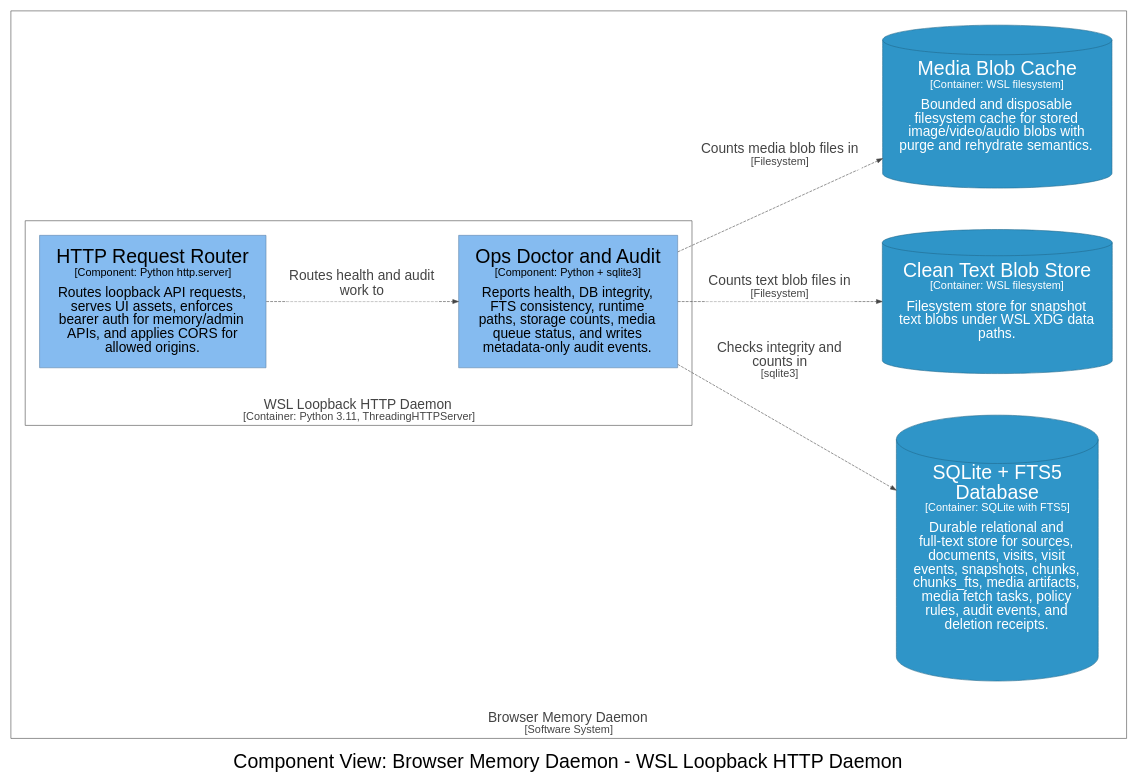
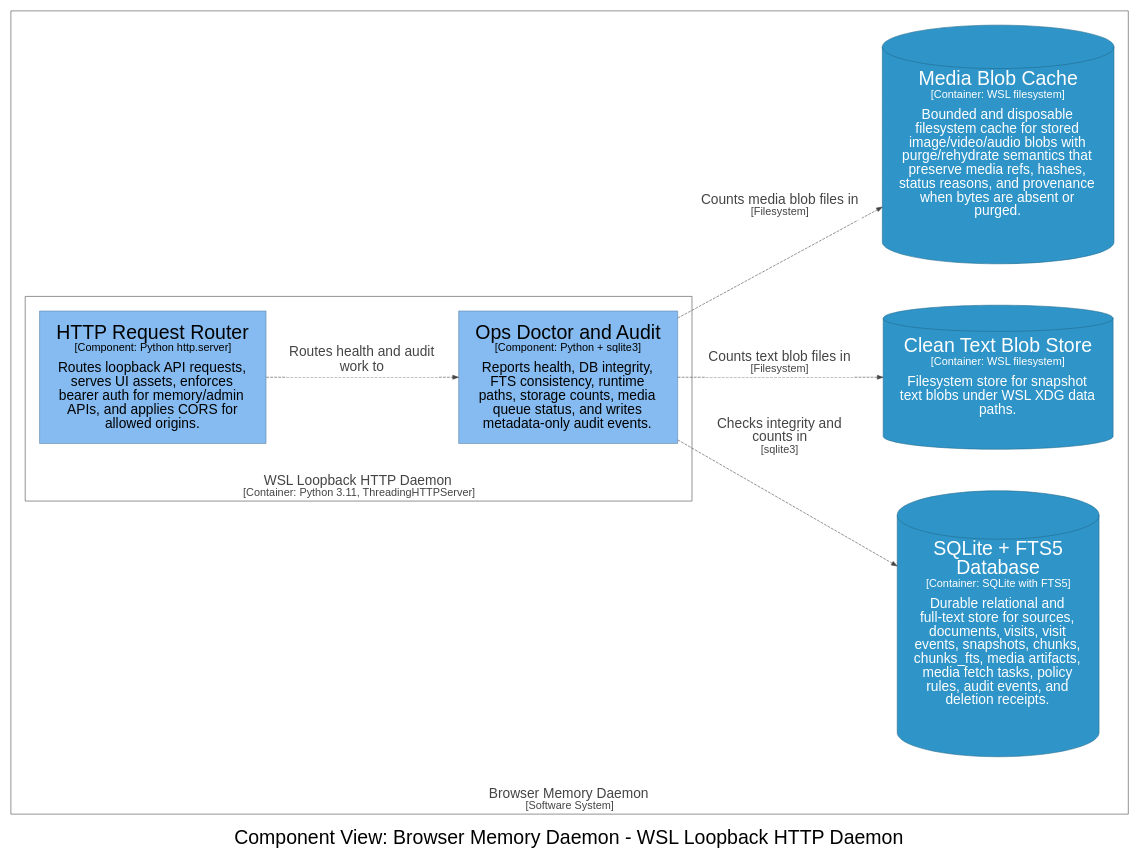
Before and after one commit to michaelnicks0/browser-memory-daemon: the diagram in architecture/diagrams/dot/structurizr-DaemonDoctorComponents.dot, drawn with Graphviz. The commit also changed 105 other files, not shown here.

Commit message:
docs: reconcile C4 and behavioral diagrams

```diff
--- a/architecture/diagrams/dot/structurizr-DaemonDoctorComponents.dot
+++ b/architecture/diagrams/dot/structurizr-DaemonDoctorComponents.dot
@@ -1,38 +1,38 @@
 digraph {
   compound=true
   graph [fontname="Arial", rankdir=LR, ranksep=1.0, nodesep=1.0]
   node [fontname="Arial", shape=box, margin="0.4,0.3"]
   edge [fontname="Arial"]
   label=<<br /><font point-size="34">Component View: Browser Memory Daemon - WSL Loopback HTTP Daemon</font>>
 
   subgraph cluster_4 {
     margin=25
     label=<<font point-size="24"><br />Browser Memory Daemon</font><br /><font point-size="19">[Software System]</font>>
     labelloc=b
     color="#444444"
     fontcolor="#444444"
     fillcolor="#444444"
 
     subgraph cluster_14 {
       margin=25
       label=<<font point-size="24"><br />WSL Loopback HTTP Daemon</font><br /><font point-size="19">[Container: Python 3.11, ThreadingHTTPServer]</font>>
       labelloc=b
       color="#444444"
       fontcolor="#444444"
       fillcolor="#444444"
 
       15 [id=15,shape=rect, label=<<font point-size="34">HTTP Request Router</font><br /><font point-size="19">[Component: Python http.server]</font><br /><br /><font point-size="24">Routes loopback API requests,<br />serves UI assets, enforces<br />bearer auth for memory/admin<br />APIs, and applies CORS for<br />allowed origins.</font>>, style=filled, color="#5d82a8", fillcolor="#85bbf0", fontcolor="#000000"]
       23 [id=23,shape=rect, label=<<font point-size="34">Ops Doctor and Audit</font><br /><font point-size="19">[Component: Python + sqlite3]</font><br /><br /><font point-size="24">Reports health, DB integrity,<br />FTS consistency, runtime<br />paths, storage counts, media<br />queue status, and writes<br />metadata-only audit events.</font>>, style=filled, color="#5d82a8", fillcolor="#85bbf0", fontcolor="#000000"]
     }
 
     27 [id=27,shape=cylinder, label=<<font point-size="34">SQLite + FTS5<br />Database</font><br /><font point-size="19">[Container: SQLite with FTS5]</font><br /><br /><font point-size="24">Durable relational and<br />full-text store for sources,<br />documents, visits, visit<br />events, snapshots, chunks,<br />chunks_fts, media artifacts,<br />media fetch tasks, policy<br />rules, audit events, and<br />deletion receipts.</font>>, style=filled, color="#20688c", fillcolor="#2f95c8", fontcolor="#ffffff"]
     28 [id=28,shape=cylinder, label=<<font point-size="34">Clean Text Blob Store</font><br /><font point-size="19">[Container: WSL filesystem]</font><br /><br /><font point-size="24">Filesystem store for snapshot<br />text blobs under WSL XDG data<br />paths.</font>>, style=filled, color="#20688c", fillcolor="#2f95c8", fontcolor="#ffffff"]
-    29 [id=29,shape=cylinder, label=<<font point-size="34">Media Blob Cache</font><br /><font point-size="19">[Container: WSL filesystem]</font><br /><br /><font point-size="24">Bounded and disposable<br />filesystem cache for stored<br />image/video/audio blobs with<br />purge and rehydrate semantics.</font>>, style=filled, color="#20688c", fillcolor="#2f95c8", fontcolor="#ffffff"]
+    29 [id=29,shape=cylinder, label=<<font point-size="34">Media Blob Cache</font><br /><font point-size="19">[Container: WSL filesystem]</font><br /><br /><font point-size="24">Bounded and disposable<br />filesystem cache for stored<br />image/video/audio blobs with<br />purge/rehydrate semantics that<br />preserve media refs, hashes,<br />status reasons, and provenance<br />when bytes are absent or<br />purged.</font>>, style=filled, color="#20688c", fillcolor="#2f95c8", fontcolor="#ffffff"]
   }
 
   15 -> 23 [id=68, label=<<TABLE BORDER="0" CELLBORDER="0" CELLSPACING="0" CELLPADDING="4" BGCOLOR="white"><TR><TD><font point-size="24">Routes health and audit<br />work to</font></TD></TR></TABLE>>, style="dashed", color="#444444", fontcolor="#444444"]
   23 -> 27 [id=82, label=<<TABLE BORDER="0" CELLBORDER="0" CELLSPACING="0" CELLPADDING="4" BGCOLOR="white"><TR><TD><font point-size="24">Checks integrity and<br />counts in</font><br /><font point-size="19">[sqlite3]</font></TD></TR></TABLE>>, style="dashed", color="#444444", fontcolor="#444444"]
   23 -> 28 [id=83, label=<<TABLE BORDER="0" CELLBORDER="0" CELLSPACING="0" CELLPADDING="4" BGCOLOR="white"><TR><TD><font point-size="24">Counts text blob files in</font><br /><font point-size="19">[Filesystem]</font></TD></TR></TABLE>>, style="dashed", color="#444444", fontcolor="#444444"]
   23 -> 29 [id=84, label=<<TABLE BORDER="0" CELLBORDER="0" CELLSPACING="0" CELLPADDING="4" BGCOLOR="white"><TR><TD><font point-size="24">Counts media blob files in</font><br /><font point-size="19">[Filesystem]</font></TD></TR></TABLE>>, style="dashed", color="#444444", fontcolor="#444444"]
 
 }
```
